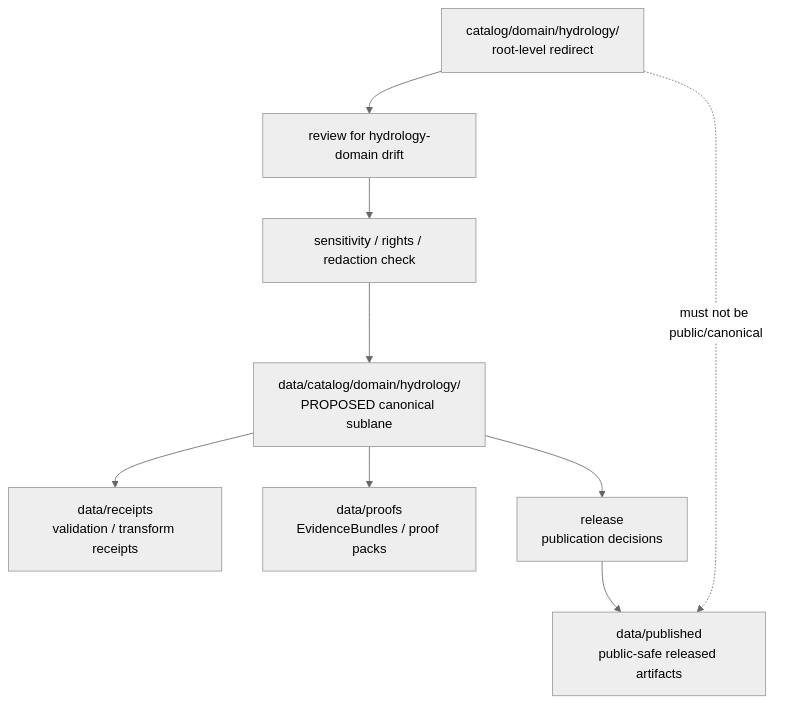
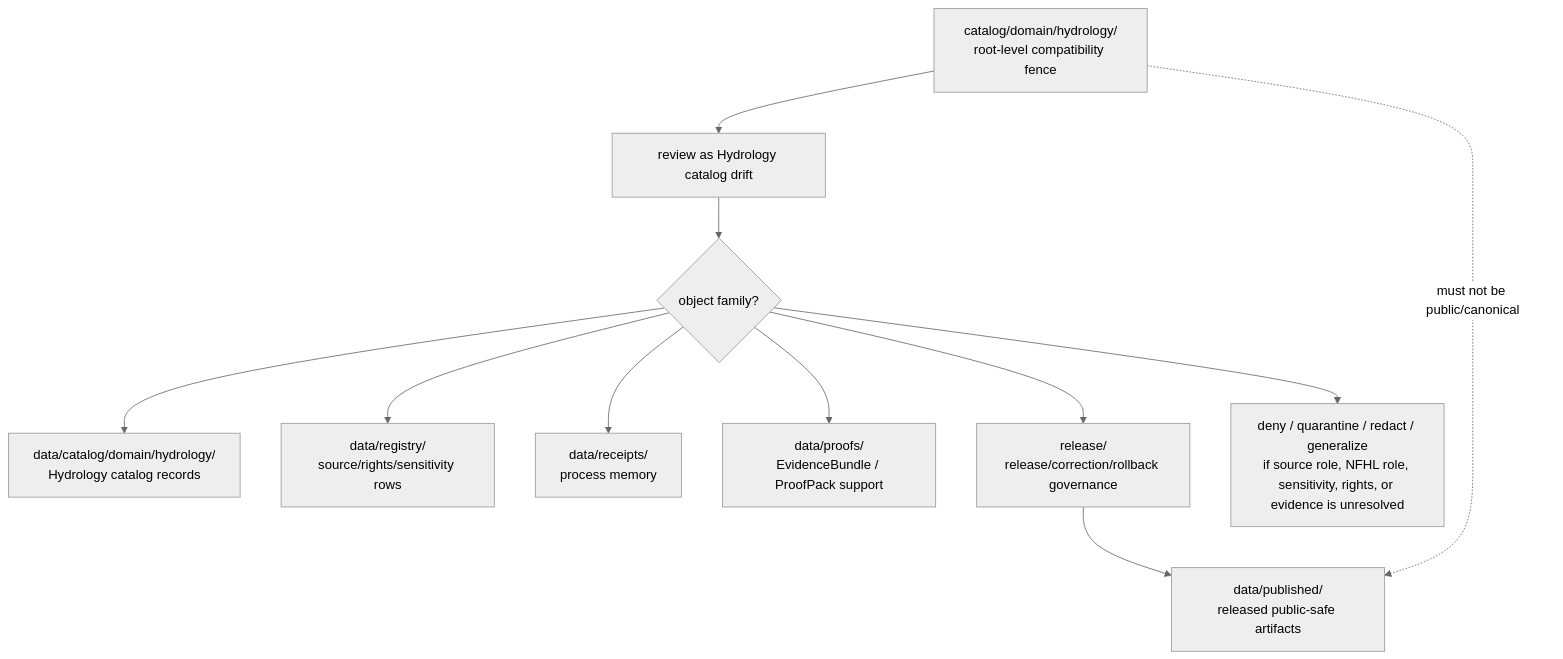
The diagram in catalog/domain/hydrology/README.md (bartytime4life/Kansas-Frontier-Matrix), drawn with Mermaid (neutral theme) before and after one commit. The commit also changed other lines of this file, not shown here.

Commit message:
docs: update hydrology domain catalog redirect README

````diff
--- a/catalog/domain/hydrology/README.md
+++ b/catalog/domain/hydrology/README.md
@@ -160,11 +387,13 @@
 ```mermaid
 flowchart TD
-    wrong["catalog/domain/hydrology/\nroot-level redirect"] --> review["review for hydrology-domain drift"]
-    review --> sensitivity["sensitivity / rights / redaction check"]
-    sensitivity --> canonical["data/catalog/domain/hydrology/\nPROPOSED canonical sublane"]
-    canonical --> receipts["data/receipts\nvalidation / transform receipts"]
-    canonical --> proofs["data/proofs\nEvidenceBundles / proof packs"]
-    canonical --> release["release\npublication decisions"]
-    release --> published["data/published\npublic-safe released artifacts"]
+    wrong["catalog/domain/hydrology/<br/>root-level compatibility fence"] --> review["review as Hydrology catalog drift"]
+    review --> classify{"object family?"}
+    classify --> hyd["data/catalog/domain/hydrology/<br/>Hydrology catalog records"]
+    classify --> registry["data/registry/<br/>source/rights/sensitivity rows"]
+    classify --> receipts["data/receipts/<br/>process memory"]
+    classify --> proofs["data/proofs/<br/>EvidenceBundle / ProofPack support"]
+    classify --> release["release/<br/>release/correction/rollback governance"]
+    release --> published["data/published/<br/>released public-safe artifacts"]
+    classify --> deny["deny / quarantine / redact / generalize<br/>if source role, NFHL role, sensitivity, rights, or evidence is unresolved"]
     wrong -. "must not be public/canonical" .-> published
 ```
````
